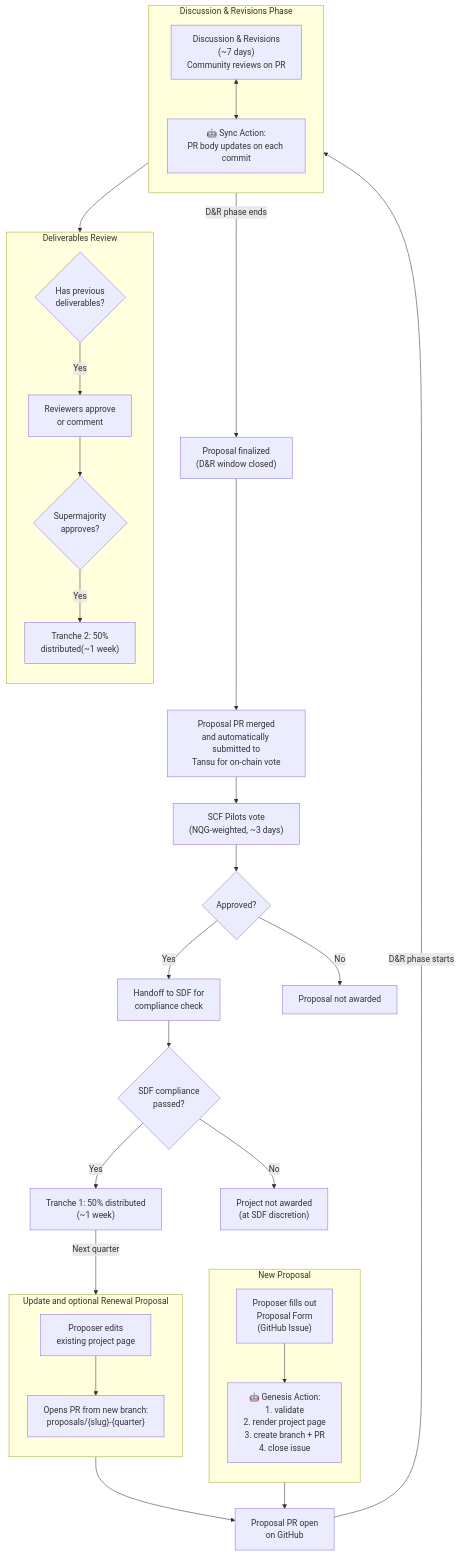
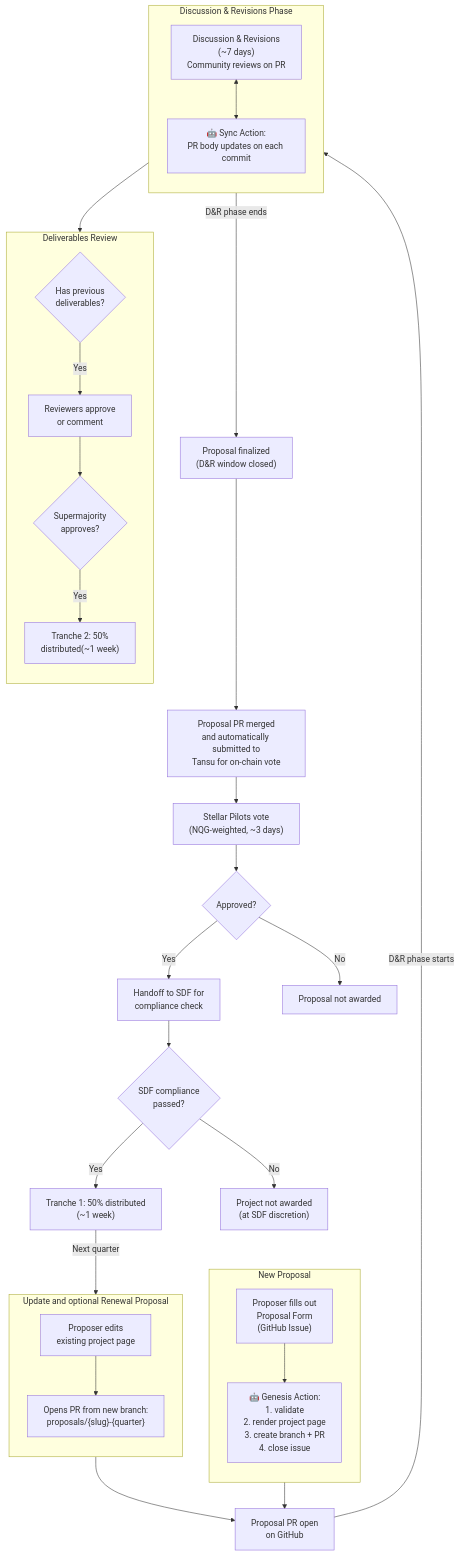
One commit to SCF-Public-Goods-Maintenance/scf-public-goods-maintenance.github.io changed the second of 2 diagrams in docs/pg-award/proposer-instructions.md. Above: the diagram before and after it, drawn with Mermaid. The commit also changed other lines of this file and 8 other files, not shown here.

Commit message:
Rename SCF Pilots to Stellar Pilots (#210)

````diff
--- a/docs/pg-award/proposer-instructions.md
+++ b/docs/pg-award/proposer-instructions.md
@@ -82,56 +82,56 @@
 ```mermaid
 flowchart TD
     %% SUBGRAPH: INTAKE
     subgraph NewProposal ["New Proposal"]
         direction TB
         IntakeForm["Proposer fills out\nProposal Form\n(GitHub Issue)"] --> GenesisAction["🤖 Genesis Action:\n1. validate\n2. render project page\n3. create branch + PR\n4. close issue"]
     end
 
     %% SUBGRAPH: RENEWAL
     subgraph RenewalFlow ["Update and optional Renewal Proposal"]
         direction TB
         EditPage["Proposer edits\nexisting project page"] --> RenewalPR["Opens PR from new branch:\nproposals/{slug}-{quarter}"]
     end
 
     %% PR ENTRY
     GenesisAction --> ProposalPR
     RenewalPR --> ProposalPR
     ProposalPR["Proposal PR open\non GitHub"] --> |"D&R phase starts"| DiscRev
 
     %% DISCUSSION & SYNC (Stacked Vertically)
     subgraph DiscussionPhase ["Discussion & Revisions Phase"]
         direction TB
         DiscRev["Discussion & Revisions\n(~7 days)\nCommunity reviews on PR"]
         SyncAction["🤖 Sync Action:\nPR body updates on each commit"]
         DiscRev <--> SyncAction
     end
 
     %% DELIVERABLES BRANCH (Semantic: Branches from Discussion)
     DiscRev --> CheckDeliverables{"Has previous\ndeliverables?"}
 
     subgraph DeliverablesReview ["Deliverables Review"]
         direction TB
         CheckDeliverables --> |"Yes"| RevReview["Reviewers approve\n or comment"]
         RevReview --> Supermajority{"Supermajority\napproves?"}
         Supermajority --> |"Yes"| Tranche2["Tranche 2: 50% \ndistributed(~1 week)"]
     end
 
     %% VOTING PATH (Semantic: Follows D&R End)
     DiscRev --> |"D&R phase ends"| Finalized["Proposal finalized\n(D&R window closed)"]
 
     Finalized --> TansuVote["Proposal PR merged\nand automatically submitted to\nTansu for on-chain vote"]
-    TansuVote --> PilotsVote["SCF Pilots vote\n(NQG-weighted, ~3 days)"]
+    TansuVote --> PilotsVote["Stellar Pilots vote\n(NQG-weighted, ~3 days)"]
     PilotsVote --> VoteOutcome{"Approved?"}
 
     %% FINAL OUTCOMES
     VoteOutcome --> |"Yes"| Compliance["Handoff to SDF for\ncompliance check"]
     VoteOutcome --> |"No"| Rejected["Proposal not awarded"]
 
     Compliance --> ComplianceOutcome{"SDF compliance\npassed?"}
 
     ComplianceOutcome --> |"Yes"| Tranche1["Tranche 1: 50% distributed\n(~1 week)"]
     ComplianceOutcome --> |"No"| SDFRejected["Project not awarded\n(at SDF discretion)"]
 
     %% NEXT QUARTER LOOP
     Tranche1 --> |"Next quarter"| EditPage
 ```
````
